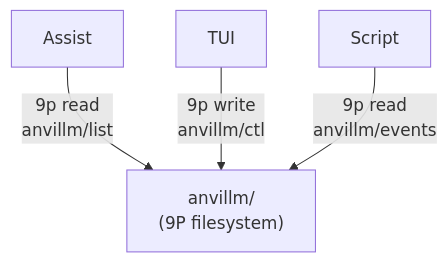
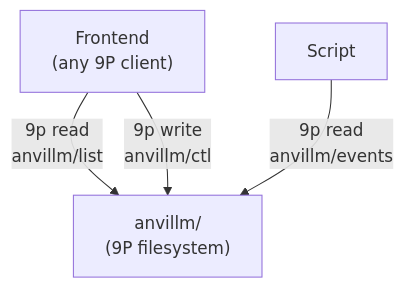
Before and after one commit to lneely/anvillm: the diagram in docs/diagrams/client-interactions.mmd, drawn with Mermaid. The commit also changed 12 other files, not shown here.

```diff
--- a/docs/diagrams/client-interactions.mmd
+++ b/docs/diagrams/client-interactions.mmd
@@ -1,9 +1,8 @@
 graph TB
-    Assist["Assist"]
-    TUI["TUI"]
+    Frontend["Frontend<br/>(any 9P client)"]
     Script["Script"]
     FS["anvillm/<br/>(9P filesystem)"]
     
-    Assist -->|9p read<br/>anvillm/list| FS
-    TUI -->|9p write<br/>anvillm/ctl| FS
+    Frontend -->|9p read<br/>anvillm/list| FS
+    Frontend -->|9p write<br/>anvillm/ctl| FS
     Script -->|9p read<br/>anvillm/events| FS
```
